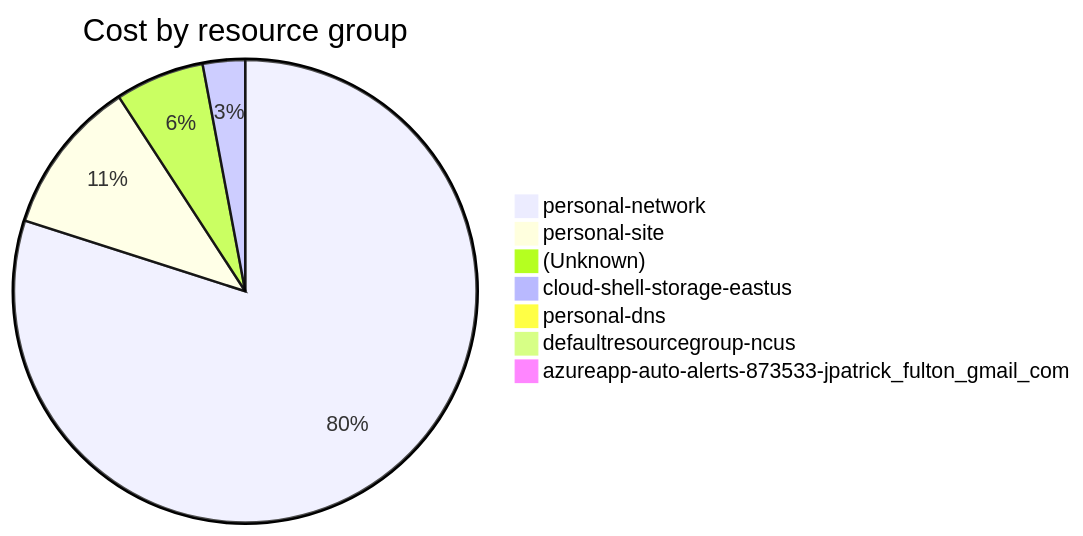
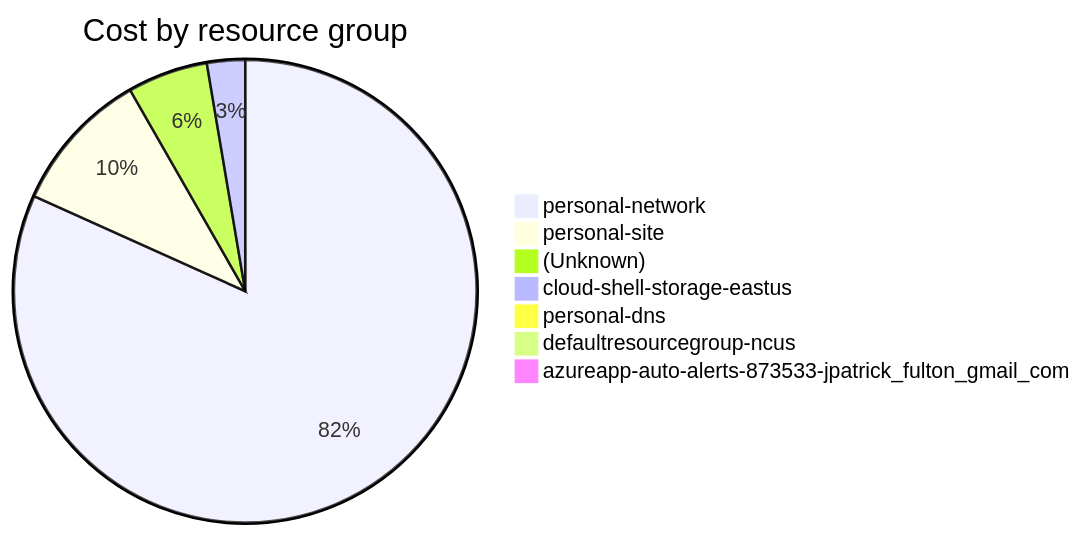
The fourth of 4 diagrams in cost-reports/accumulated-cost.md (jpfulton/azure-personal-reports), drawn with Mermaid before and after one commit. The commit also changed other lines of this file and 4 other files, not shown here.

````diff
--- a/cost-reports/accumulated-cost.md
+++ b/cost-reports/accumulated-cost.md
@@ -159,11 +159,11 @@
 ```mermaid
 pie
    title Cost by resource group
-   "personal-network" : 150.29
-   "personal-site" : 20.46
-   "(Unknown)" : 11.69
+   "personal-network" : 170.64
+   "personal-site" : 20.86
+   "(Unknown)" : 11.71
    "cloud-shell-storage-eastus" : 5.56
-   "personal-dns" : 0.53
+   "personal-dns" : 0.55
    "defaultresourcegroup-ncus" : 0.00
    "azureapp-auto-alerts-873533-jpatrick_fulton_gmail_com" : 0.00
 ```
````
